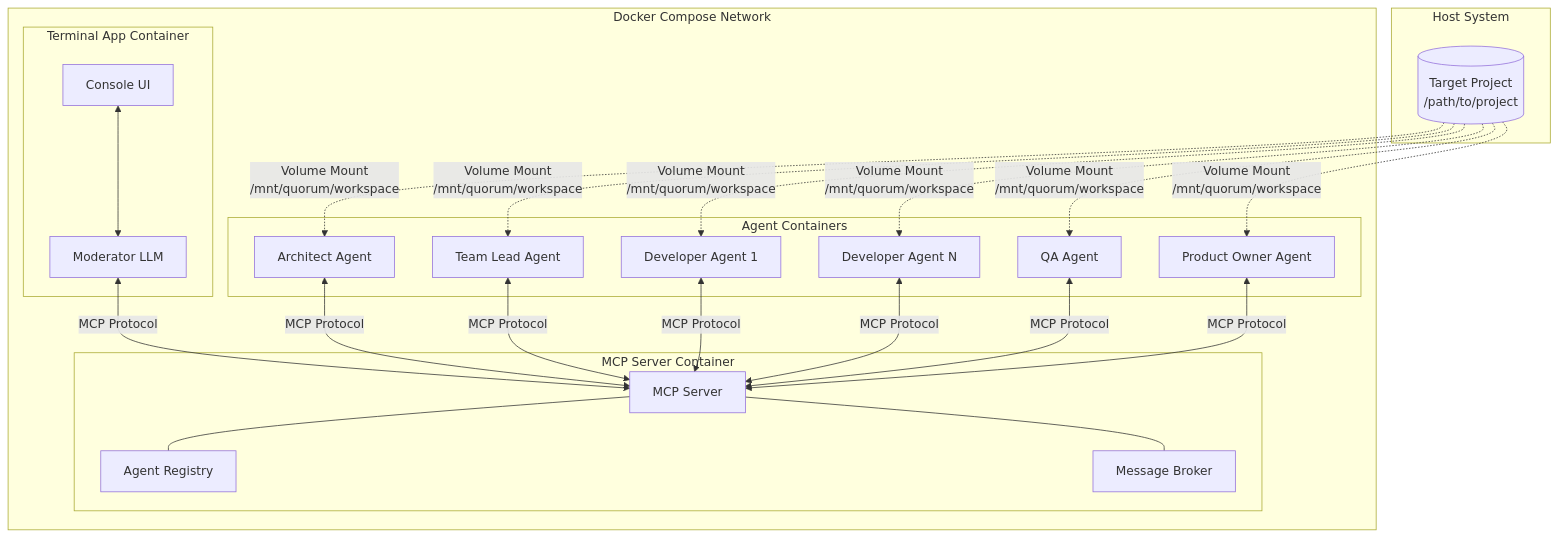
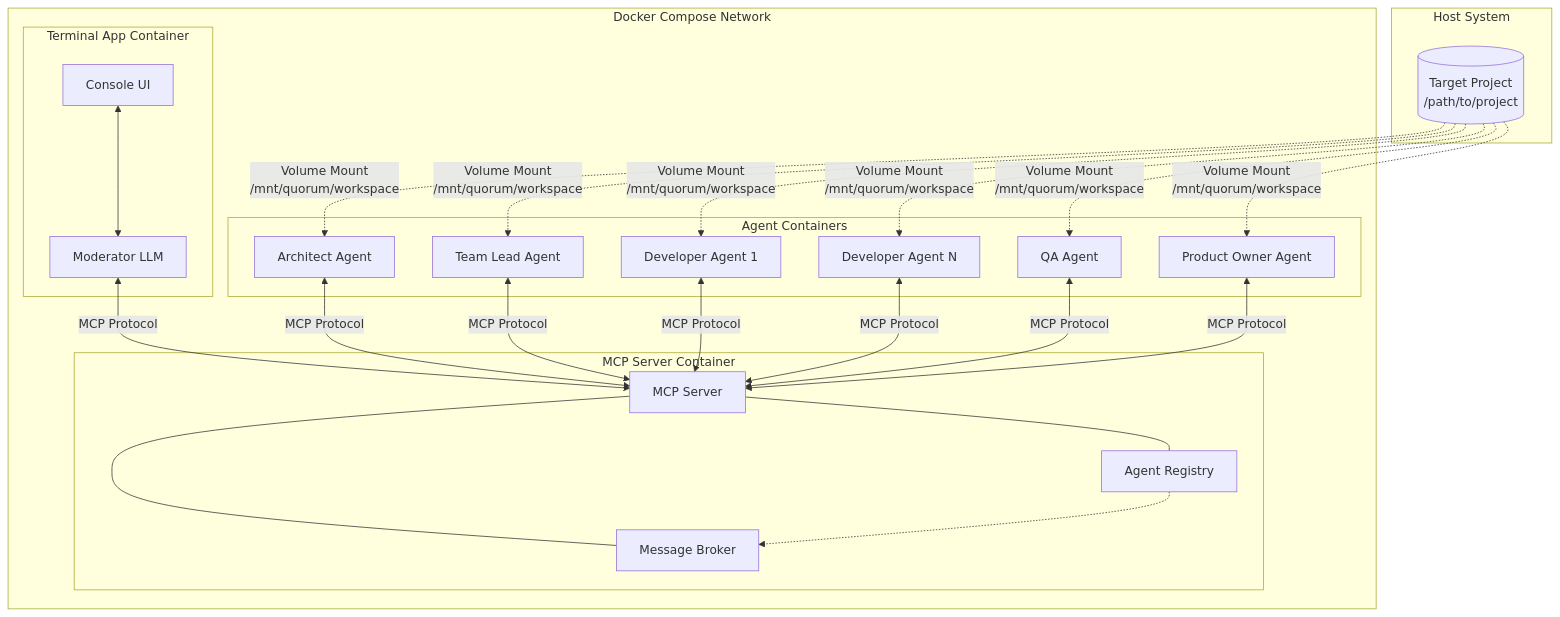
The first of 4 diagrams in docs/system-design.md (ia64mail/quorum), drawn with Mermaid before and after one commit. The commit also changed other lines of this file and 3 other files, not shown here.

Commit message:
Expand system design documentation with agent-to-agent messaging details and include supporting technical documentation for Message Broker and bidirectional MCP architecture

````diff
--- a/docs/system-design.md
+++ b/docs/system-design.md
@@ -9,46 +9,47 @@
 ```mermaid
 graph TB
     subgraph "Host System"
         HV[("Target Project<br/>/path/to/project")]
     end
 
     subgraph "Docker Compose Network"
         subgraph "Terminal App Container"
             UI[Console UI]
             MOD[Moderator LLM]
             UI <--> MOD
         end
 
         subgraph "MCP Server Container"
             MCP[MCP Server]
             REG[Agent Registry]
             MSG[Message Broker]
             MCP --- REG
             MCP --- MSG
+            REG -.-> MSG
         end
 
         subgraph "Agent Containers"
             A1[Architect Agent]
             A2[Team Lead Agent]
             A3[Developer Agent 1]
             A4[Developer Agent N]
             A5[QA Agent]
             A6[Product Owner Agent]
         end
 
         MOD <-->|MCP Protocol| MCP
         A1 <-->|MCP Protocol| MCP
         A2 <-->|MCP Protocol| MCP
         A3 <-->|MCP Protocol| MCP
         A4 <-->|MCP Protocol| MCP
         A5 <-->|MCP Protocol| MCP
         A6 <-->|MCP Protocol| MCP
     end
 
     HV -.->|Volume Mount<br/>/mnt/quorum/workspace| A1
     HV -.->|Volume Mount<br/>/mnt/quorum/workspace| A2
     HV -.->|Volume Mount<br/>/mnt/quorum/workspace| A3
     HV -.->|Volume Mount<br/>/mnt/quorum/workspace| A4
     HV -.->|Volume Mount<br/>/mnt/quorum/workspace| A5
     HV -.->|Volume Mount<br/>/mnt/quorum/workspace| A6
 ```
````
